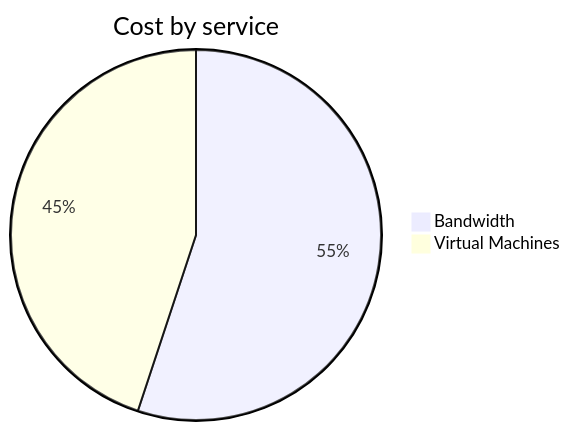
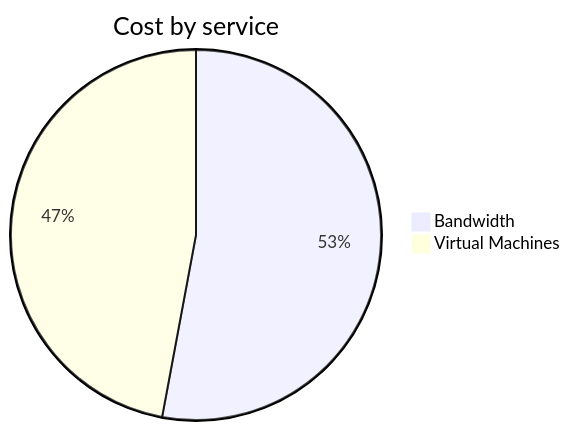
The second of 4 diagrams in cost-reports/personal-network/vpn-server.md (jpfulton/azure-personal-reports), drawn with Mermaid before and after one commit. The commit also changed other lines of this file and 8 other files, not shown here.

````diff
--- a/cost-reports/personal-network/vpn-server.md
+++ b/cost-reports/personal-network/vpn-server.md
@@ -96,6 +96,6 @@
 ```mermaid
 pie
    title Cost by service
    "Bandwidth" : 2.71
-   "Virtual Machines" : 2.21
+   "Virtual Machines" : 2.41
 ```
````
